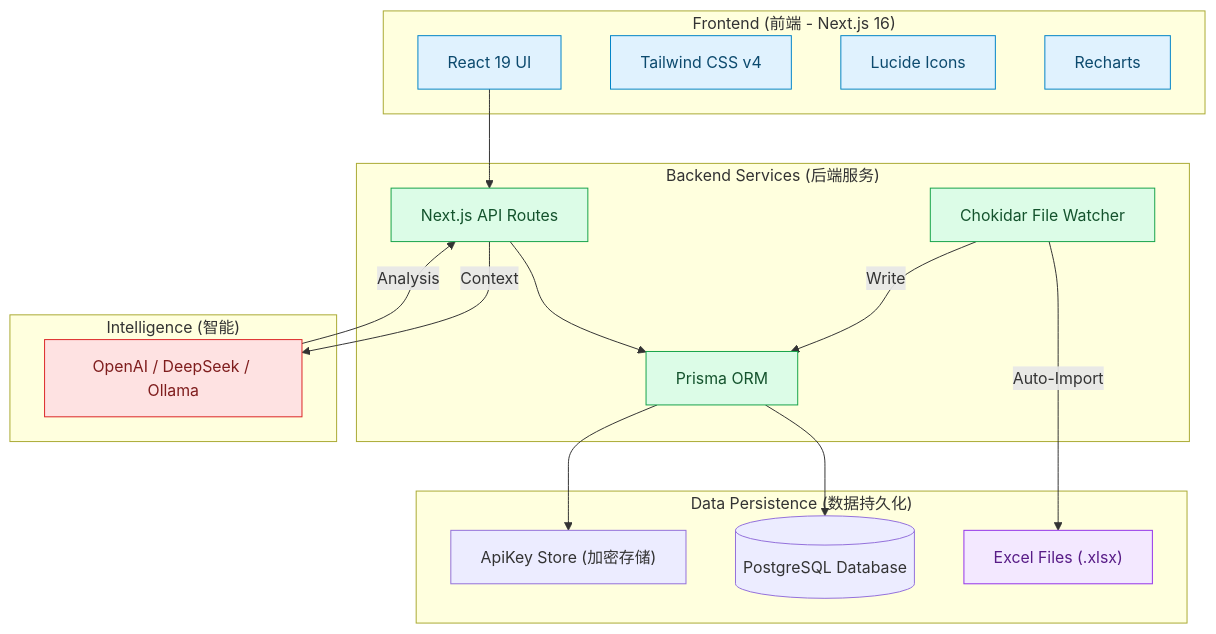
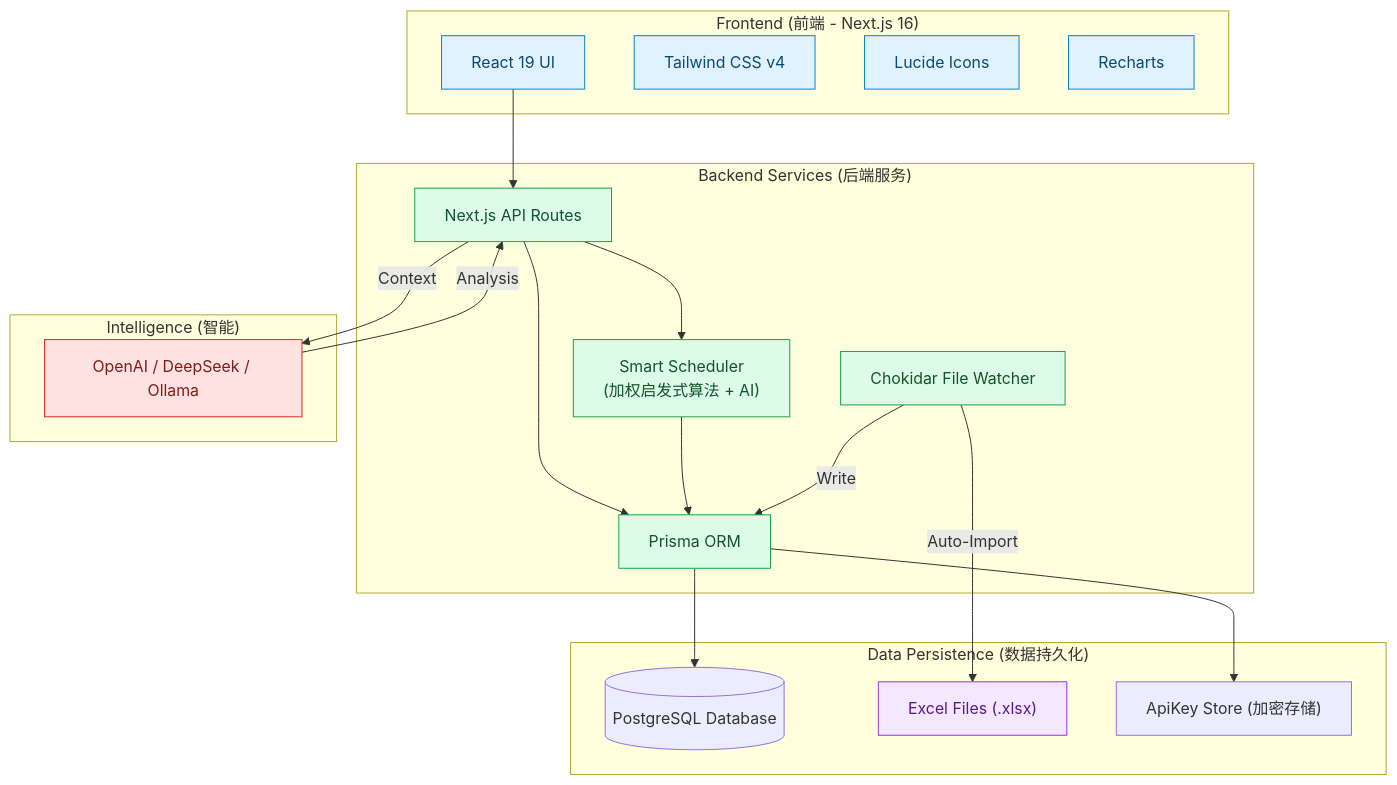
The second of 2 diagrams in README_ZH.md (Tropical8818/iProTraX), drawn with Mermaid before and after one commit. The commit also changed other lines of this file and 1 other file, not shown here.

Commit message:
docs: update diagrams with smart scheduler architecture

````diff
--- a/README_ZH.md
+++ b/README_ZH.md
@@ -151,45 +156,49 @@
 ```mermaid
 flowchart TB
     subgraph Client ["Frontend (前端 - Next.js 16)"]
         UI[React 19 UI]
         TW[Tailwind CSS v4]
         Icon[Lucide Icons]
         Chart[Recharts]
     end
 
     subgraph Server ["Backend Services (后端服务)"]
         API[Next.js API Routes]
+        Scheduler["Smart Scheduler
+        (加权启发式算法 + AI)"]
         Watcher[Chokidar File Watcher]
         Prisma[Prisma ORM]
     end
 
     subgraph Data ["Data Persistence (数据持久化)"]
         Postgres[(PostgreSQL Database)]
         Excel["Excel Files (.xlsx)"]
         ApiKeyStore["ApiKey Store (加密存储)"]
     end
     subgraph AI ["Intelligence (智能)"]
         OpenAI["OpenAI / DeepSeek / Ollama"]
     end
 
     %% Connections
     UI --> API
     API --> Prisma
+    API --> Scheduler
+    Scheduler --> Prisma
     Prisma --> Postgres
     Prisma --> ApiKeyStore
     Watcher -->|Auto-Import| Excel
     Watcher -->|Write| Prisma
     API -->|Context| OpenAI
     OpenAI -->|Analysis| API
 
     %% Styling
     classDef fe fill:#e0f2fe,stroke:#0284c7,color:#0c4a6e;
     classDef be fill:#dcfce7,stroke:#16a34a,color:#14532d;
     classDef db fill:#f3e8ff,stroke:#9333ea,color:#581c87;
     classDef ai fill:#fee2e2,stroke:#dc2626,color:#7f1d1d;
 
     class UI,TW,Icon,Chart fe;
-    class API,Watcher,Prisma be;
+    class API,Watcher,Prisma,Scheduler be;
     class SQLite,Excel db;
     class OpenAI ai;
 ```
````
